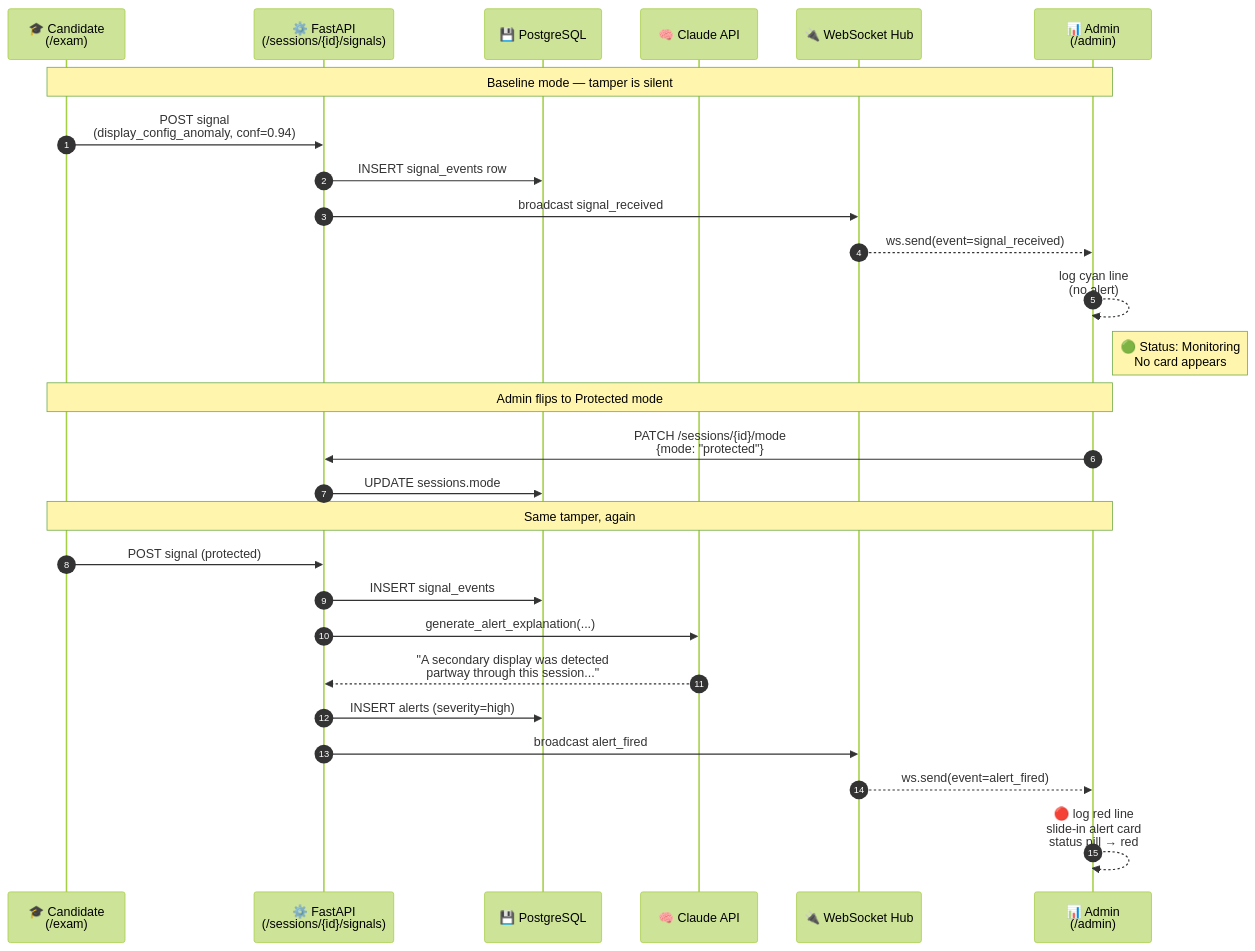
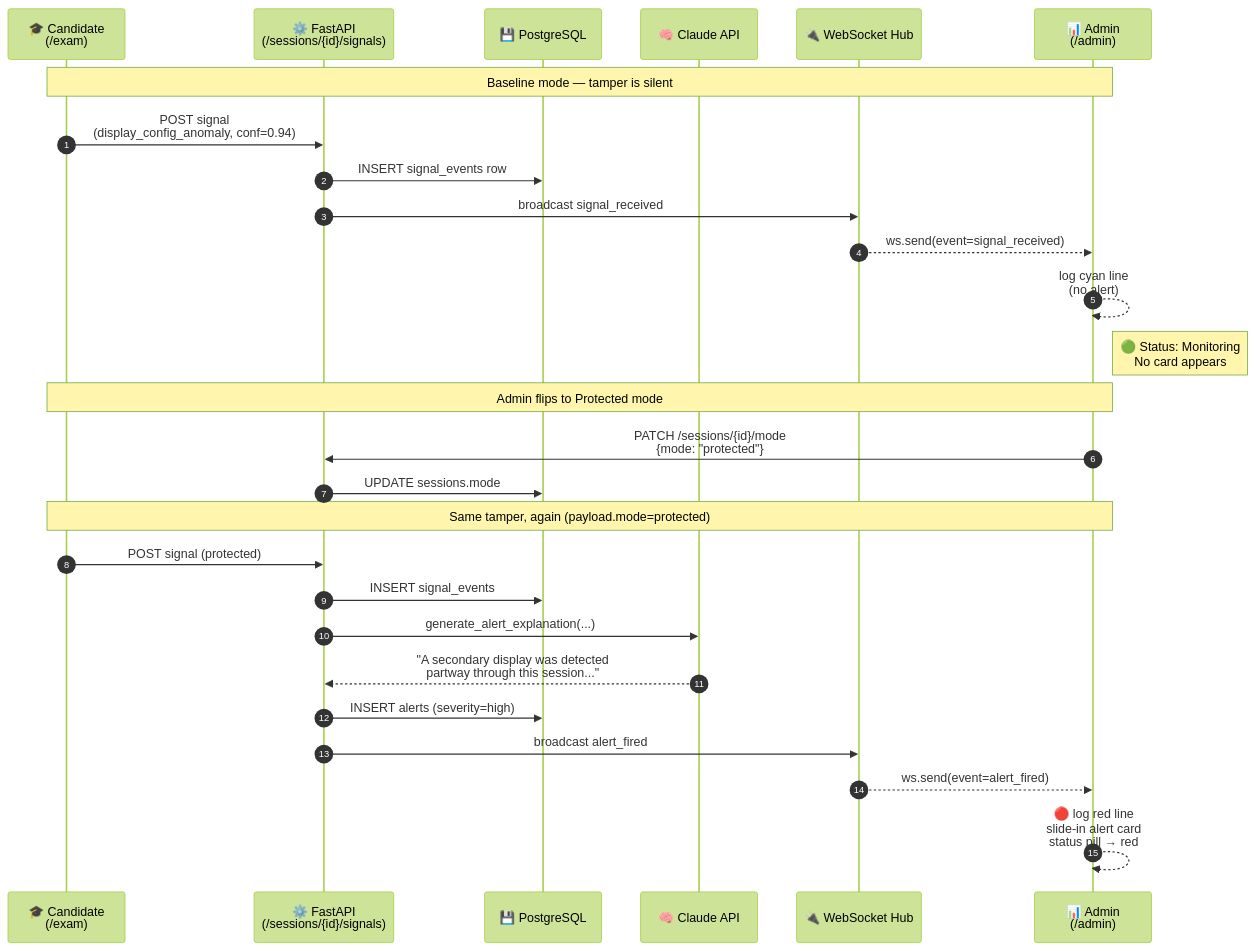
The fourth of 8 diagrams in README.md (soumyachk101/ShadowAudit), drawn with Mermaid (forest theme) before and after one commit. The commit also changed other lines of this file and 1 other file, not shown here.

````diff
--- a/README.md
+++ b/README.md
@@ -316,32 +318,32 @@
 ```mermaid
 sequenceDiagram
     autonumber
     participant U as 🎓 Candidate<br/>(/exam)
     participant API as ⚙️ FastAPI<br/>(/sessions/{id}/signals)
     participant DB as 💾 PostgreSQL
     participant AI as 🧠 Claude API
     participant WS as 🔌 WebSocket Hub
     participant ADM as 📊 Admin<br/>(/admin)
 
     Note over U,ADM: Baseline mode — tamper is silent
     U->>API: POST signal<br/>(display_config_anomaly, conf=0.94)
     API->>DB: INSERT signal_events row
     API->>WS: broadcast signal_received
     WS-->>ADM: ws.send(event=signal_received)
     ADM-->>ADM: log cyan line<br/>(no alert)
     Note right of ADM: 🟢 Status: Monitoring<br/>No card appears
 
     Note over U,ADM: Admin flips to Protected mode
     ADM->>API: PATCH /sessions/{id}/mode<br/>{mode: "protected"}
     API->>DB: UPDATE sessions.mode
 
-    Note over U,ADM: Same tamper, again
+    Note over U,ADM: Same tamper, again (payload.mode=protected)
     U->>API: POST signal (protected)
     API->>DB: INSERT signal_events
     API->>AI: generate_alert_explanation(...)
     AI-->>API: "A secondary display was detected<br/>partway through this session..."
     API->>DB: INSERT alerts (severity=high)
     API->>WS: broadcast alert_fired
     WS-->>ADM: ws.send(event=alert_fired)
     ADM-->>ADM: 🔴 log red line<br/>slide-in alert card<br/>status pill → red
 ```
````
